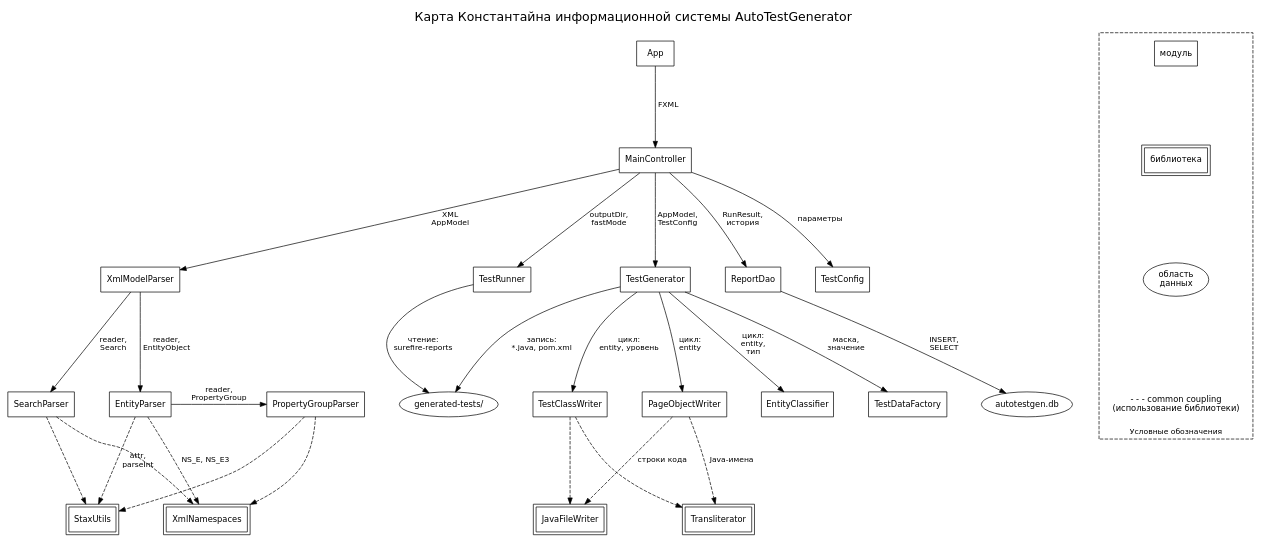
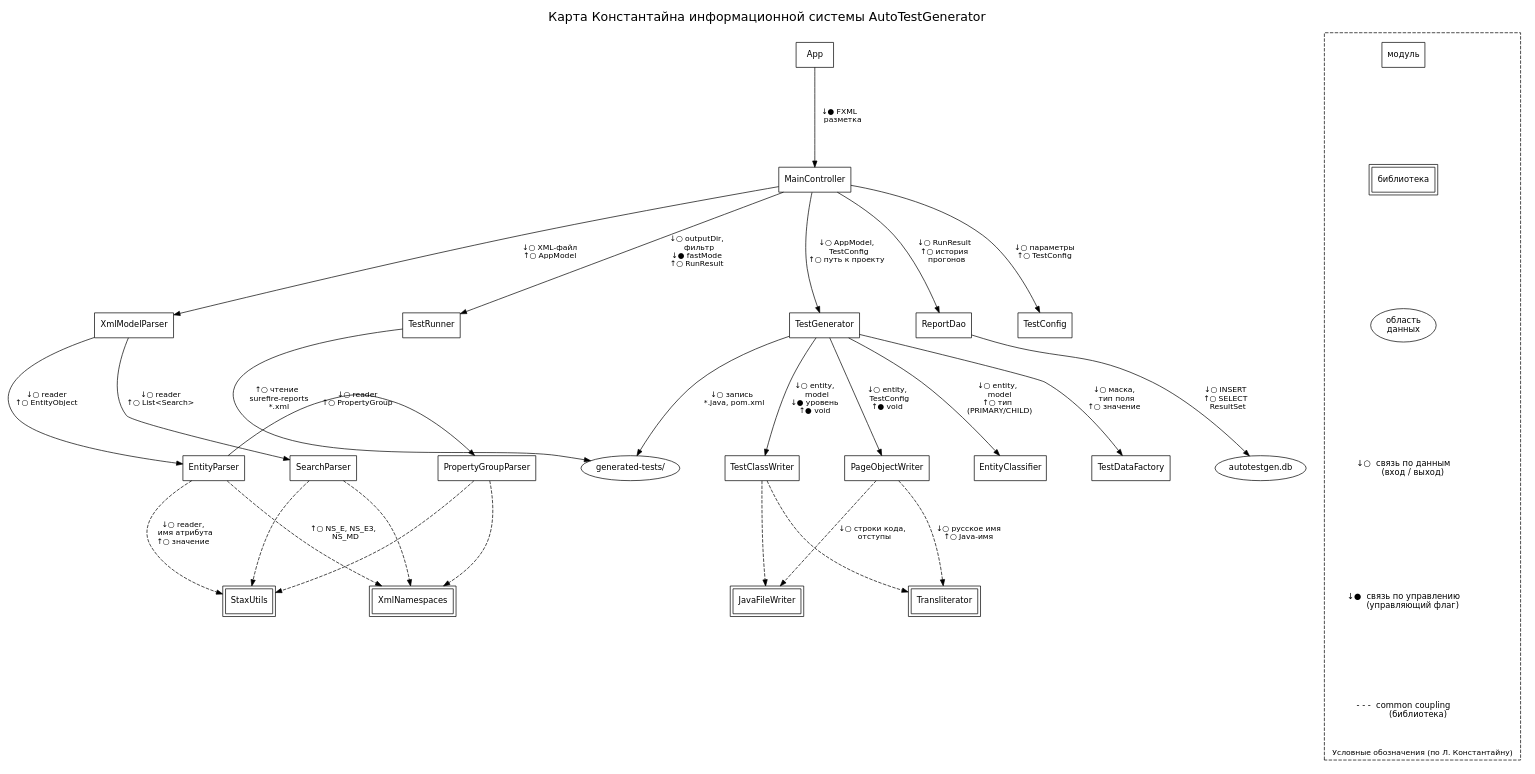
One commit to nastolbov/AutoTestGeneratorUpdate changed the diagram in diagrams/constantine-module-structure.dot. Above: the diagram before and after it, drawn with Graphviz. The commit also changed 1 other file, not shown here.

Commit message:
constantine: классическая нотация Юрдона/Константайна — ↓○↑○ на каждой стрелке (вход/выход), ↓● управление

```diff
--- a/diagrams/constantine-module-structure.dot
+++ b/diagrams/constantine-module-structure.dot
@@ -1,99 +1,103 @@
 digraph Constantine {
     rankdir=TB;
-    ranksep=1.4;
-    nodesep=0.7;
+    ranksep=1.6;
+    nodesep=0.9;
     fontname="DejaVu Sans";
     label="Карта Константайна информационной системы AutoTestGenerator";
     labelloc="t";
     fontsize=18;
 
     node [fontname="DejaVu Sans", fontsize=12];
     edge [fontname="DejaVu Sans", fontsize=11, arrowsize=0.9];
 
     // ==== МОДУЛИ ====
     App                 [shape=box, label="App"];
     MainController      [shape=box, label="MainController"];
     XmlModelParser      [shape=box, label="XmlModelParser"];
     EntityParser        [shape=box, label="EntityParser"];
     SearchParser        [shape=box, label="SearchParser"];
     PropertyGroupParser [shape=box, label="PropertyGroupParser"];
     TestConfig          [shape=box, label="TestConfig"];
     TestGenerator       [shape=box, label="TestGenerator"];
     PageObjectWriter    [shape=box, label="PageObjectWriter"];
     TestClassWriter     [shape=box, label="TestClassWriter"];
     EntityClassifier    [shape=box, label="EntityClassifier"];
     TestDataFactory     [shape=box, label="TestDataFactory"];
     TestRunner          [shape=box, label="TestRunner"];
     ReportDao           [shape=box, label="ReportDao"];
 
-    // ==== БИБЛИОТЕКИ (двойная рамка) ====
+    // ==== БИБЛИОТЕКИ ====
     StaxUtils      [shape=box, peripheries=2, label="StaxUtils"];
     XmlNamespaces  [shape=box, peripheries=2, label="XmlNamespaces"];
     JavaFileWriter [shape=box, peripheries=2, label="JavaFileWriter"];
     Transliterator [shape=box, peripheries=2, label="Transliterator"];
 
     // ==== ОБЛАСТИ ДАННЫХ ====
     SQLite   [shape=ellipse, label="autotestgen.db"];
     GenFiles [shape=ellipse, label="generated-tests/"];
 
-    // ==== СВЯЗИ ====
-    App -> MainController            [label=" FXML "];
+    // ==== СВЯЗИ (нотация Юрдона/Константайна: ↓○ вход данных, ↑○ выход, ↓● управление) ====
 
-    MainController -> XmlModelParser [label=" XML\n AppModel "];
-    MainController -> TestConfig     [label=" параметры "];
-    MainController -> TestGenerator  [label=" AppModel,\n TestConfig "];
-    MainController -> TestRunner     [label=" outputDir,\n fastMode "];
-    MainController -> ReportDao      [label=" RunResult,\n история "];
+    App -> MainController            [label="↓● FXML\n    разметка"];
 
-    XmlModelParser -> EntityParser   [label=" reader,\n EntityObject "];
-    XmlModelParser -> SearchParser   [label=" reader,\n Search "];
-    EntityParser -> PropertyGroupParser [label=" reader,\n PropertyGroup "];
+    MainController -> XmlModelParser [label="↓○ XML-файл\n↑○ AppModel"];
+    MainController -> TestConfig     [label="↓○ параметры\n↑○ TestConfig"];
+    MainController -> TestGenerator  [label="↓○ AppModel,\n   TestConfig\n↑○ путь к проекту"];
+    MainController -> TestRunner     [label="↓○ outputDir,\n   фильтр\n↓● fastMode\n↑○ RunResult"];
+    MainController -> ReportDao      [label="↓○ RunResult\n↑○ история\n   прогонов"];
 
-    TestGenerator -> EntityClassifier [label=" цикл:\n entity,\n тип "];
-    TestGenerator -> PageObjectWriter [label=" цикл:\n entity "];
-    TestGenerator -> TestClassWriter  [label=" цикл:\n entity, уровень "];
-    TestGenerator -> TestDataFactory  [label=" маска,\n значение "];
+    XmlModelParser -> EntityParser   [label="↓○ reader\n↑○ EntityObject"];
+    XmlModelParser -> SearchParser   [label="↓○ reader\n↑○ List<Search>"];
+    EntityParser -> PropertyGroupParser [label="↓○ reader\n↑○ PropertyGroup"];
 
-    // common coupling (пунктир)
-    EntityParser -> StaxUtils         [label=" attr,\n parseInt ", style=dashed];
+    TestGenerator -> EntityClassifier [label="↓○ entity,\n   model\n↑○ тип\n   (PRIMARY/CHILD)"];
+    TestGenerator -> PageObjectWriter [label="↓○ entity,\n   TestConfig\n↑● void"];
+    TestGenerator -> TestClassWriter  [label="↓○ entity,\n   model\n↓● уровень\n↑● void"];
+    TestGenerator -> TestDataFactory  [label="↓○ маска,\n   тип поля\n↑○ значение"];
+
+    // common coupling (пунктир) — использование библиотек
+    EntityParser -> StaxUtils         [label="↓○ reader,\n   имя атрибута\n↑○ значение", style=dashed];
     SearchParser -> StaxUtils         [style=dashed];
     PropertyGroupParser -> StaxUtils  [style=dashed];
-    EntityParser -> XmlNamespaces     [label=" NS_E, NS_E3 ", style=dashed];
+    EntityParser -> XmlNamespaces     [label="↑○ NS_E, NS_E3,\n   NS_MD", style=dashed];
     SearchParser -> XmlNamespaces     [style=dashed];
     PropertyGroupParser -> XmlNamespaces [style=dashed];
-
-    PageObjectWriter -> JavaFileWriter [label=" строки кода ", style=dashed];
+    PageObjectWriter -> JavaFileWriter [label="↓○ строки кода,\n   отступы", style=dashed];
     TestClassWriter -> JavaFileWriter  [style=dashed];
-    PageObjectWriter -> Transliterator [label=" Java-имена ", style=dashed];
+    PageObjectWriter -> Transliterator [label="↓○ русское имя\n↑○ Java-имя", style=dashed];
     TestClassWriter -> Transliterator  [style=dashed];
 
     // области данных
-    TestGenerator -> GenFiles [label=" запись:\n *.java, pom.xml "];
-    TestRunner -> GenFiles    [label=" чтение:\n surefire-reports "];
-    ReportDao -> SQLite       [label=" INSERT,\n SELECT "];
+    TestGenerator -> GenFiles [label="↓○ запись\n   *.java, pom.xml"];
+    TestRunner -> GenFiles    [label="↑○ чтение\n   surefire-reports\n   *.xml"];
+    ReportDao -> SQLite       [label="↓○ INSERT\n↑○ SELECT\n   ResultSet"];
 
     // ==== УРОВНИ ====
     { rank=same; XmlModelParser; TestConfig; TestGenerator; TestRunner; ReportDao; }
     { rank=same; EntityParser; SearchParser; PropertyGroupParser;
                  PageObjectWriter; TestClassWriter; EntityClassifier; TestDataFactory; }
     { rank=same; StaxUtils; XmlNamespaces; JavaFileWriter; Transliterator; }
     { rank=same; GenFiles; SQLite; }
 
     // ==== ЛЕГЕНДА ====
     subgraph cluster_legend {
-        label="Условные обозначения";
+        label="Условные обозначения (по Л. Константайну)";
         labelloc="b";
         style=dashed;
         fontsize=11;
-        margin=12;
+        margin=14;
 
         L_mod  [shape=box, label="модуль"];
         L_lib  [shape=box, peripheries=2, label="библиотека"];
         L_data [shape=ellipse, label="область\nданных"];
-        L_dash [shape=plaintext, label="- - - common coupling\n(использование библиотеки)"];
+        L_data_couple    [shape=plaintext, label="↓○  связь по данным\n        (вход / выход)"];
+        L_control_couple [shape=plaintext, label="↓●  связь по управлению\n        (управляющий флаг)"];
+        L_common         [shape=plaintext, label="- - -  common coupling\n            (библиотека)"];
 
         L_mod -> L_lib [style=invis];
         L_lib -> L_data [style=invis];
-        L_data -> L_dash [style=invis];
+        L_data -> L_data_couple [style=invis];
+        L_data_couple -> L_control_couple [style=invis];
+        L_control_couple -> L_common [style=invis];
     }
 }
```
